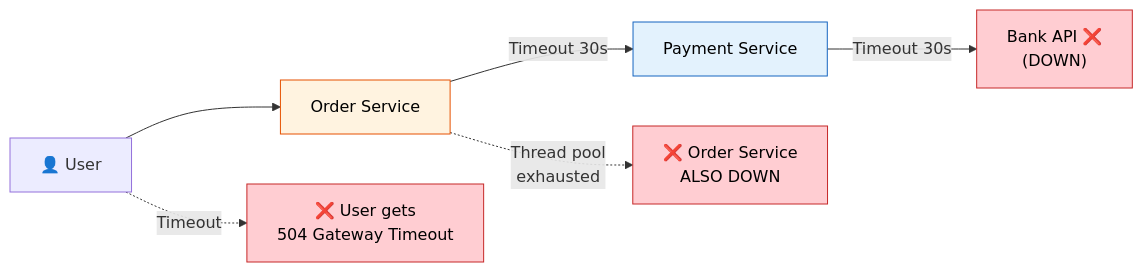
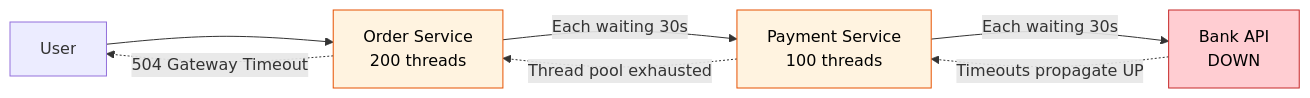
The second of 6 diagrams in docs/microservices/CircuitBreaker.md (saivamsikaruturi/vamsilabs-dev-notes-main), drawn with Mermaid before and after one commit. The commit also changed other lines of this file, not shown here.

````diff
--- a/docs/microservices/CircuitBreaker.md
+++ b/docs/microservices/CircuitBreaker.md
@@ -34,15 +79,14 @@
 ```mermaid
 flowchart LR
-    U["👤 User"] --> A["Order Service"]
-    A -->|"Timeout 30s"| B["Payment Service"]
-    B -->|"Timeout 30s"| C["Bank API ❌<br/>(DOWN)"]
+    U["User"] --> A["Order Service<br/>200 threads"]
+    A -->|"Each waiting 30s"| B["Payment Service<br/>100 threads"]
+    B -->|"Each waiting 30s"| C["Bank API<br/>DOWN"]
     
-    A -.->|"Thread pool<br/>exhausted"| D["❌ Order Service<br/>ALSO DOWN"]
-    U -.->|"Timeout"| E["❌ User gets<br/>504 Gateway Timeout"]
+    C -.->|"Timeouts propagate UP"| B
+    B -.->|"Thread pool exhausted"| A
+    A -.->|"504 Gateway Timeout"| U
     
     style C fill:#FFCDD2,stroke:#C62828,color:#000
-    style D fill:#FFCDD2,stroke:#C62828,color:#000
-    style E fill:#FFCDD2,stroke:#C62828,color:#000
+    style B fill:#FFF3E0,stroke:#E65100,color:#000
     style A fill:#FFF3E0,stroke:#E65100,color:#000
-    style B fill:#E3F2FD,stroke:#1565C0,color:#000
 ```
````
